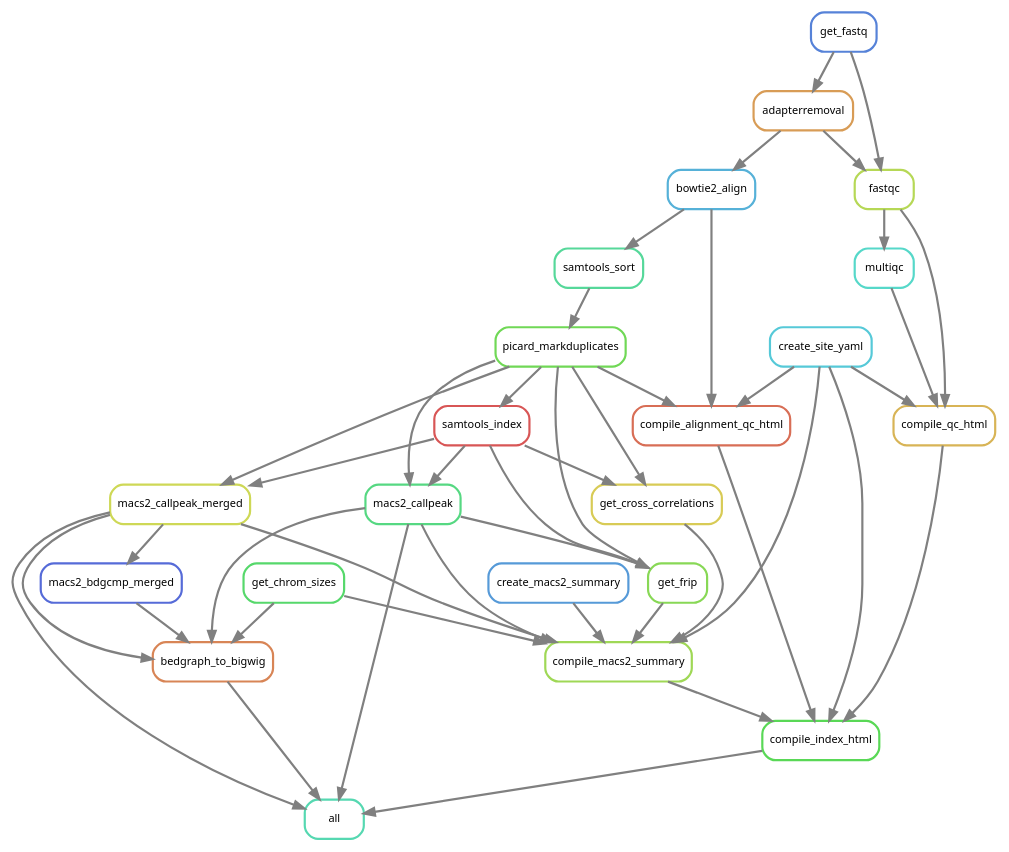
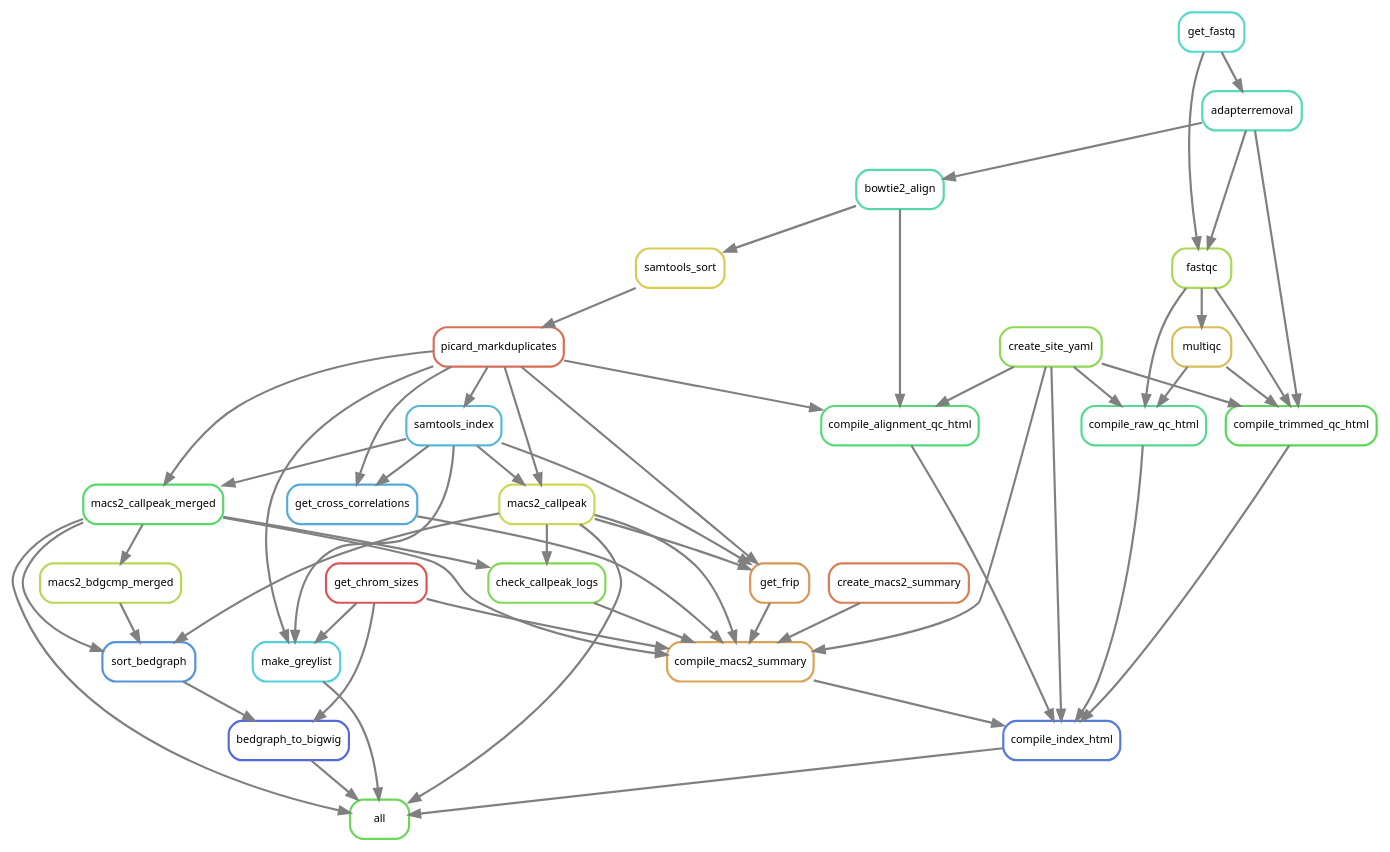
One commit to smped/PRJNA509779 changed the diagram in workflow/rules/rulegraph.dot. Above: the diagram before and after it, drawn with Graphviz. The commit also changed 16 other files, not shown here.

```diff
--- a/workflow/rules/rulegraph.dot
+++ b/workflow/rules/rulegraph.dot
@@ -1,70 +1,87 @@
 digraph snakemake_dag {
     graph[bgcolor=white, margin=0];
     node[shape=box, style=rounded, fontname=sans,                 fontsize=10, penwidth=2];
     edge[penwidth=2, color=grey];
-	0[label = "all", color = "0.45 0.6 0.85", style="rounded"];
-	1[label = "macs2_callpeak", color = "0.39 0.6 0.85", style="rounded"];
-	2[label = "picard_markduplicates", color = "0.30 0.6 0.85", style="rounded"];
-	3[label = "samtools_sort", color = "0.42 0.6 0.85", style="rounded"];
-	4[label = "bowtie2_align", color = "0.55 0.6 0.85", style="rounded"];
-	5[label = "adapterremoval", color = "0.09 0.6 0.85", style="rounded"];
-	6[label = "get_fastq", color = "0.61 0.6 0.85", style="rounded"];
-	7[label = "samtools_index", color = "0.00 0.6 0.85", style="rounded"];
-	8[label = "macs2_callpeak_merged", color = "0.18 0.6 0.85", style="rounded"];
-	9[label = "bedgraph_to_bigwig", color = "0.06 0.6 0.85", style="rounded"];
-	10[label = "get_chrom_sizes", color = "0.36 0.6 0.85", style="rounded"];
-	11[label = "macs2_bdgcmp_merged", color = "0.64 0.6 0.85", style="rounded"];
-	12[label = "compile_index_html", color = "0.33 0.6 0.85", style="rounded"];
-	13[label = "compile_macs2_summary", color = "0.24 0.6 0.85", style="rounded"];
-	14[label = "create_macs2_summary", color = "0.58 0.6 0.85", style="rounded"];
-	15[label = "get_cross_correlations", color = "0.15 0.6 0.85", style="rounded"];
-	16[label = "get_frip", color = "0.27 0.6 0.85", style="rounded"];
-	17[label = "create_site_yaml", color = "0.52 0.6 0.85", style="rounded"];
-	18[label = "compile_qc_html", color = "0.12 0.6 0.85", style="rounded"];
-	19[label = "fastqc", color = "0.21 0.6 0.85", style="rounded"];
-	20[label = "multiqc", color = "0.48 0.6 0.85", style="rounded"];
-	21[label = "compile_alignment_qc_html", color = "0.03 0.6 0.85", style="rounded"];
-	8 -> 0
+	0[label = "all", color = "0.31 0.6 0.85", style="rounded"];
+	1[label = "macs2_callpeak", color = "0.18 0.6 0.85", style="rounded"];
+	2[label = "picard_markduplicates", color = "0.03 0.6 0.85", style="rounded"];
+	3[label = "samtools_sort", color = "0.15 0.6 0.85", style="rounded"];
+	4[label = "bowtie2_align", color = "0.44 0.6 0.85", style="rounded"];
+	5[label = "adapterremoval", color = "0.46 0.6 0.85", style="rounded"];
+	6[label = "get_fastq", color = "0.49 0.6 0.85", style="rounded"];
+	7[label = "samtools_index", color = "0.54 0.6 0.85", style="rounded"];
+	8[label = "macs2_callpeak_merged", color = "0.36 0.6 0.85", style="rounded"];
+	9[label = "make_greylist", color = "0.51 0.6 0.85", style="rounded"];
+	10[label = "get_chrom_sizes", color = "0.00 0.6 0.85", style="rounded"];
+	11[label = "bedgraph_to_bigwig", color = "0.64 0.6 0.85", style="rounded"];
+	12[label = "sort_bedgraph", color = "0.59 0.6 0.85", style="rounded"];
+	13[label = "macs2_bdgcmp_merged", color = "0.21 0.6 0.85", style="rounded"];
+	14[label = "compile_index_html", color = "0.62 0.6 0.85", style="rounded"];
+	15[label = "compile_macs2_summary", color = "0.10 0.6 0.85", style="rounded"];
+	16[label = "create_macs2_summary", color = "0.05 0.6 0.85", style="rounded"];
+	17[label = "check_callpeak_logs", color = "0.28 0.6 0.85", style="rounded"];
+	18[label = "get_cross_correlations", color = "0.56 0.6 0.85", style="rounded"];
+	19[label = "get_frip", color = "0.08 0.6 0.85", style="rounded"];
+	20[label = "create_site_yaml", color = "0.26 0.6 0.85", style="rounded"];
+	21[label = "compile_raw_qc_html", color = "0.41 0.6 0.85", style="rounded"];
+	22[label = "fastqc", color = "0.23 0.6 0.85", style="rounded"];
+	23[label = "multiqc", color = "0.13 0.6 0.85", style="rounded"];
+	24[label = "compile_trimmed_qc_html", color = "0.33 0.6 0.85", style="rounded"];
+	25[label = "compile_alignment_qc_html", color = "0.38 0.6 0.85", style="rounded"];
 	9 -> 0
 	1 -> 0
-	12 -> 0
+	14 -> 0
+	8 -> 0
+	11 -> 0
+	2 -> 1
 	7 -> 1
-	2 -> 1
 	3 -> 2
 	4 -> 3
 	5 -> 4
 	6 -> 5
 	2 -> 7
+	2 -> 8
 	7 -> 8
-	2 -> 8
+	2 -> 9
 	10 -> 9
-	8 -> 9
-	1 -> 9
-	11 -> 9
-	8 -> 11
-	21 -> 12
+	7 -> 9
+	10 -> 11
+	12 -> 11
 	13 -> 12
-	18 -> 12
-	17 -> 12
-	1 -> 13
+	1 -> 12
+	8 -> 12
 	8 -> 13
-	10 -> 13
-	17 -> 13
-	14 -> 13
-	15 -> 13
-	16 -> 13
-	7 -> 15
-	2 -> 15
-	1 -> 16
-	7 -> 16
-	2 -> 16
-	20 -> 18
-	19 -> 18
-	17 -> 18
-	5 -> 19
-	6 -> 19
-	19 -> 20
-	17 -> 21
-	4 -> 21
-	2 -> 21
+	21 -> 14
+	20 -> 14
+	24 -> 14
+	15 -> 14
+	25 -> 14
+	10 -> 15
+	16 -> 15
+	18 -> 15
+	20 -> 15
+	17 -> 15
+	1 -> 15
+	19 -> 15
+	8 -> 15
+	1 -> 17
+	8 -> 17
+	2 -> 18
+	7 -> 18
+	2 -> 19
+	1 -> 19
+	7 -> 19
+	22 -> 21
+	23 -> 21
+	20 -> 21
+	5 -> 22
+	6 -> 22
+	22 -> 23
+	5 -> 24
+	22 -> 24
+	23 -> 24
+	20 -> 24
+	4 -> 25
+	2 -> 25
+	20 -> 25
 }            
```
